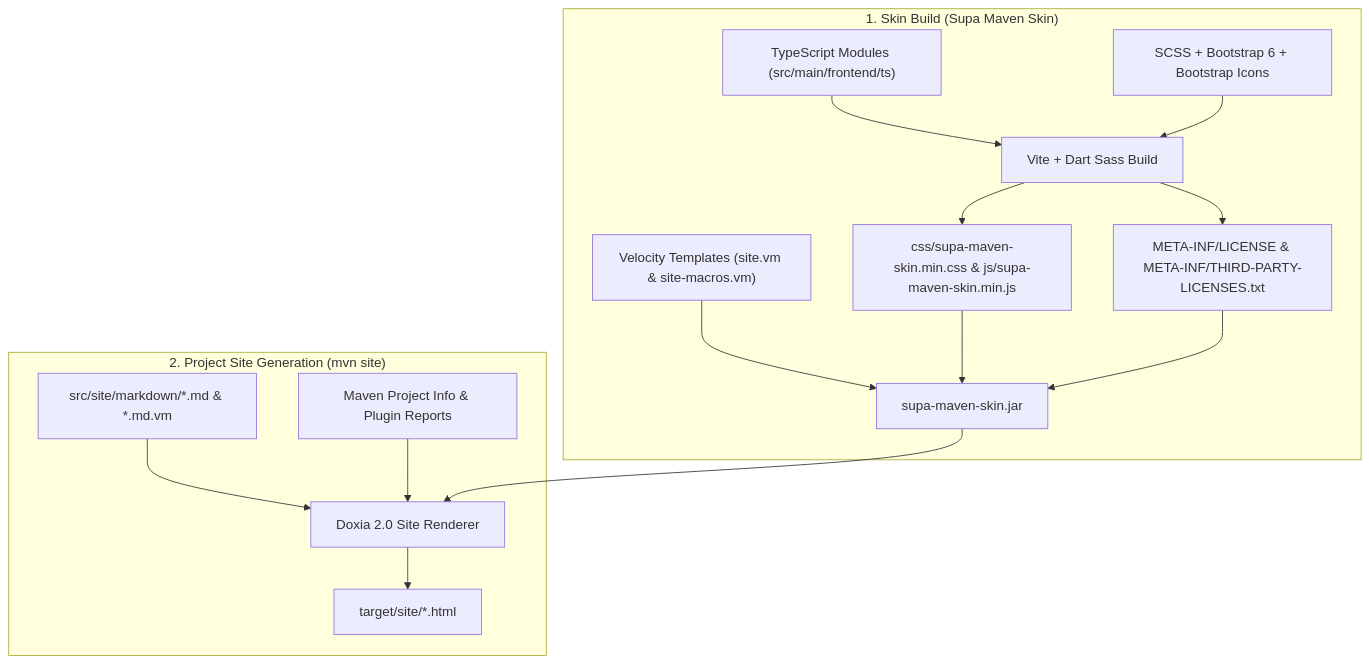
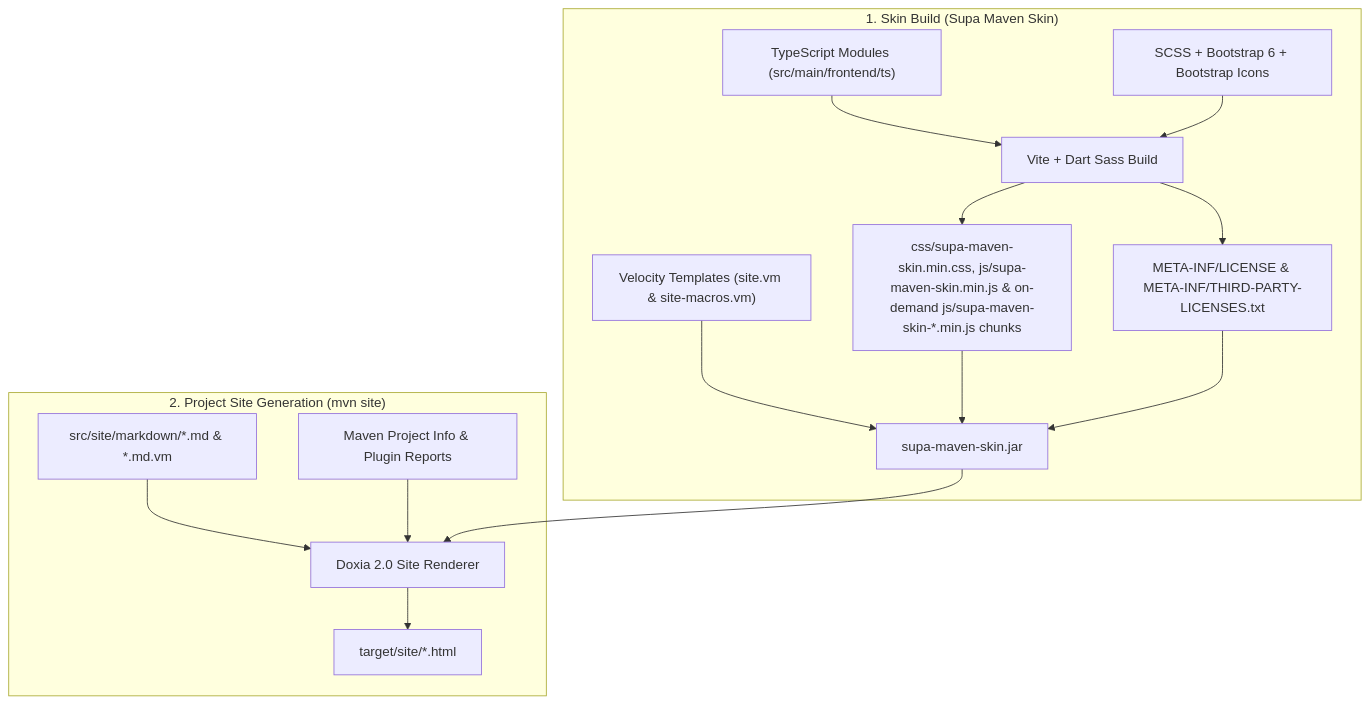
The diagram in src/site/markdown/architecture.md (mepcotterell/supa-maven-skin), drawn with Mermaid before and after one commit. The commit also changed other lines of this file and 6 other files, not shown here.

First line of the commit message:
docs: describe the on-demand widget chunks and how they can fail

````diff
--- a/src/site/markdown/architecture.md
+++ b/src/site/markdown/architecture.md
@@ -11,18 +11,18 @@
 ```mermaid
 flowchart TD
     subgraph SkinBuild["1. Skin Build (Supa Maven Skin)"]
       TS["TypeScript Modules (src/main/frontend/ts)"] --> Vite["Vite + Dart Sass Build"]
       SCSS["SCSS + Bootstrap 6 + Bootstrap Icons"] --> Vite
-      Vite --> Assets["css/supa-maven-skin.min.css & js/supa-maven-skin.min.js"]
+      Vite --> Assets["css/supa-maven-skin.min.css, js/supa-maven-skin.min.js & on-demand js/supa-maven-skin-*.min.js chunks"]
       Vite --> Licenses["META-INF/LICENSE & META-INF/THIRD-PARTY-LICENSES.txt"]
       VM["Velocity Templates (site.vm & site-macros.vm)"] --> JAR["supa-maven-skin.jar"]
       Assets --> JAR
       Licenses --> JAR
     end
     subgraph ConsumerSite["2. Project Site Generation (mvn site)"]
       MD["src/site/markdown/*.md & *.md.vm"] --> Doxia["Doxia 2.0 Site Renderer"]
       Reports["Maven Project Info & Plugin Reports"] --> Doxia
       JAR --> Doxia
       Doxia --> HTML["target/site/*.html"]
     end
 ```
````
